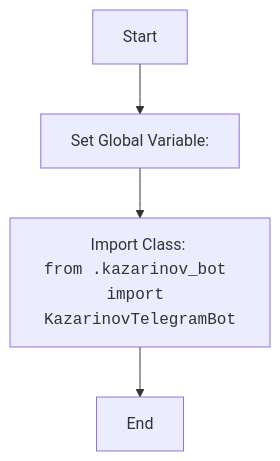
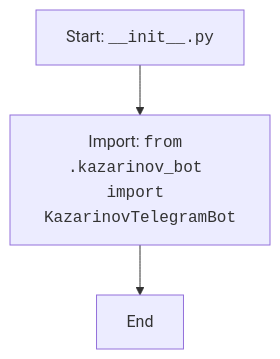
The diagram in docs/gemini/ru/explainer/src/endpoints/kazarinov/__init__.py.md (hypo69/hypo), drawn with Mermaid before and after one commit. The commit also changed other lines of this file and 1505 other files, not shown here.

````diff
--- a/docs/gemini/ru/explainer/src/endpoints/kazarinov/__init__.py.md
+++ b/docs/gemini/ru/explainer/src/endpoints/kazarinov/__init__.py.md
@@ -14,6 +14,5 @@
 ```mermaid
 flowchart TD
-    Start --> SetMode[Set Global Variable: <br><code></code>]
-    SetMode --> ImportBot[Import Class: <br><code>from .kazarinov_bot import KazarinovTelegramBot</code>]
-    ImportBot --> End
+    Start[Start: <code>__init__.py</code>] --> ImportModule[Import: <code>from .kazarinov_bot import KazarinovTelegramBot</code>]
+    ImportModule --> End[End]
 ```
````
